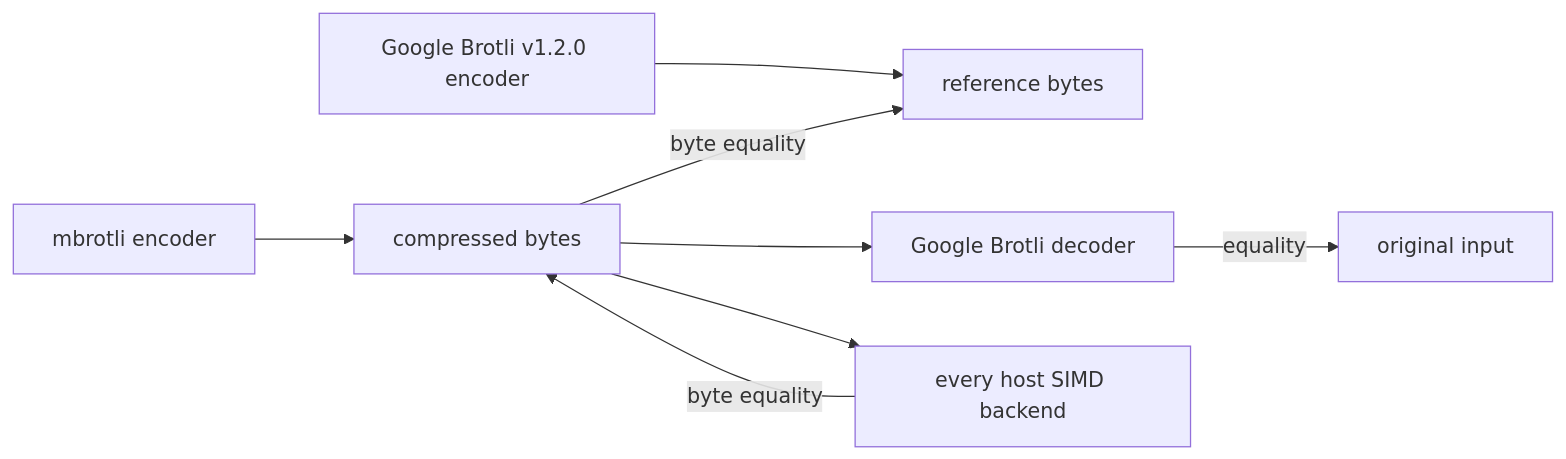
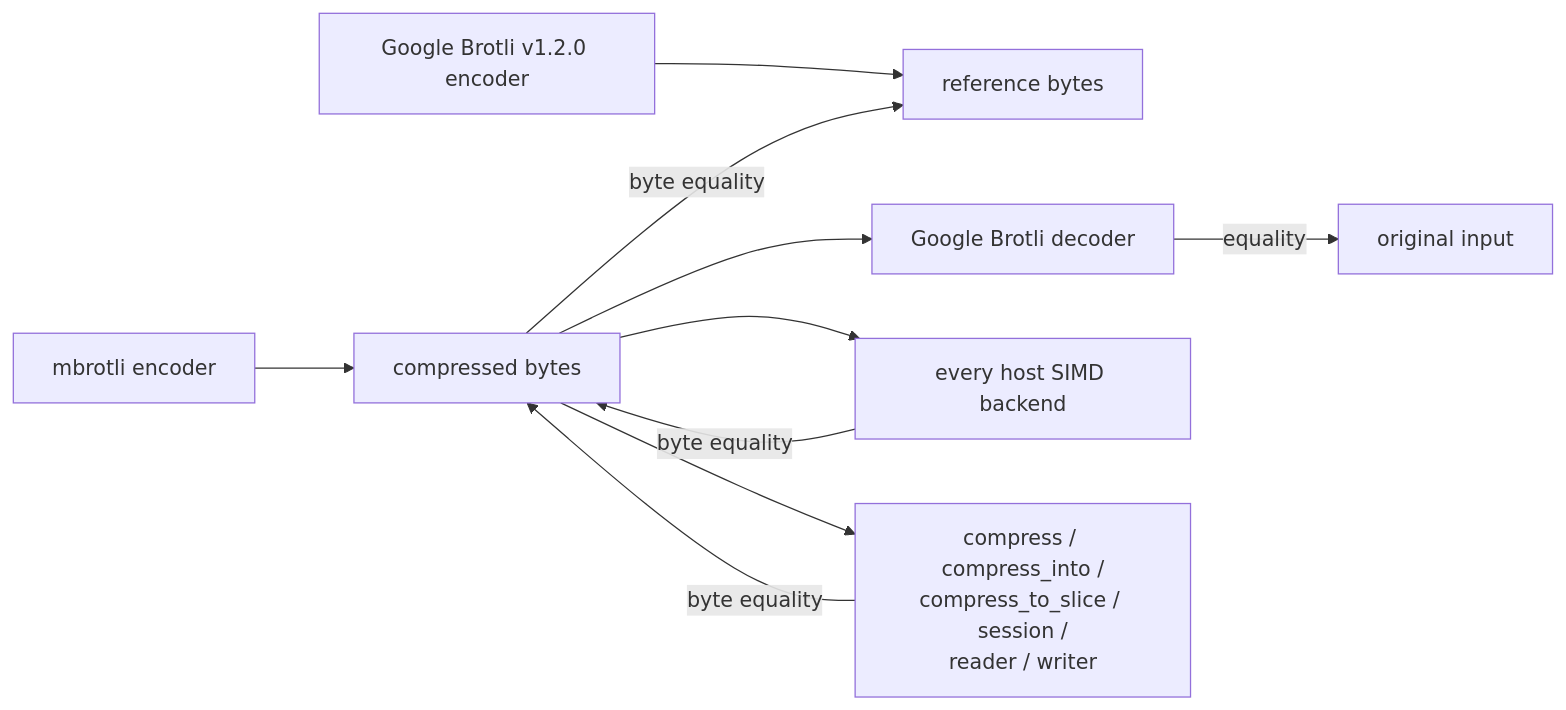
Before and after one commit to Mnwa/mbrotli: diagram 12 of 12 in architecture/compressor.md, drawn with Mermaid. The commit also changed other lines of this file and 104 other files, not shown here.

````diff
--- a/architecture/compressor.md
+++ b/architecture/compressor.md
@@ -443,10 +567,12 @@
 ```mermaid
 graph LR
     src["mbrotli encoder"] --> out["compressed bytes"]
     cref["Google Brotli v1.2.0 encoder"] --> cout["reference bytes"]
     out -->|byte equality| cout
     out --> dec["Google Brotli decoder"]
     dec -->|equality| input["original input"]
     out --> backends["every host SIMD backend"]
     backends -->|byte equality| out
+    out --> shapes["compress / compress_into /<br/>compress_to_slice / session /<br/>reader / writer"]
+    shapes -->|byte equality| out
 ```
````
